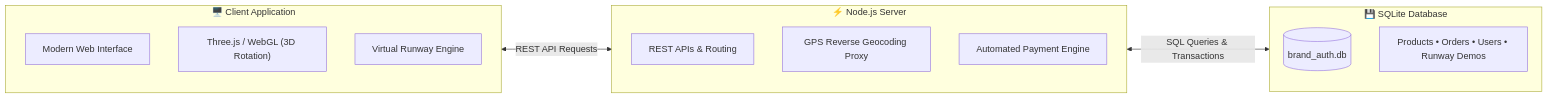
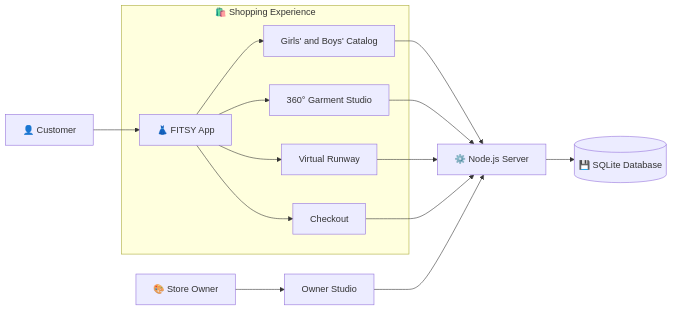
Before and after one commit to pvenkatagowthamsai-dot/FSFE_PROJECT: the second of 3 diagrams in README.md, drawn with Mermaid. The commit also changed other lines of this file, not shown here.

````diff
--- a/README.md
+++ b/README.md
@@ -53,20 +64,20 @@
 ```mermaid
 flowchart LR
-    subgraph Frontend["🖥️ Client Application"]
-        UI["Modern Web Interface"]
-        ThreeJS["Three.js / WebGL (3D Rotation)"]
-        Runway["Virtual Runway Engine"]
+    Customer["👤 Customer"] --> App["👗 FITSY App"]
+
+    subgraph Shopping["🛍️ Shopping Experience"]
+        App --> Catalog["Girls' and Boys' Catalog"]
+        App --> Studio["360° Garment Studio"]
+        App --> Runway["Virtual Runway"]
+        App --> Checkout["Checkout"]
     end
-    subgraph Backend["⚡ Node.js Server"]
-        API["REST APIs & Routing"]
-        Geo["GPS Reverse Geocoding Proxy"]
-        Pay["Automated Payment Engine"]
-    end
-    subgraph Database["💾 SQLite Database"]
-        DB[("brand_auth.db")]
-        Tables["Products • Orders • Users • Runway Demos"]
-    end
-    Frontend <-->|"REST API Requests"| Backend
-    Backend <-->|"SQL Queries & Transactions"| Database
-    Database --- Tables
+
+    Catalog --> Server["⚙️ Node.js Server"]
+    Studio --> Server
+    Runway --> Server
+    Checkout --> Server
+
+    Server --> Database[("💾 SQLite Database")]
+    Owner["🎨 Store Owner"] --> Dashboard["Owner Studio"]
+    Dashboard --> Server
 ```
````
